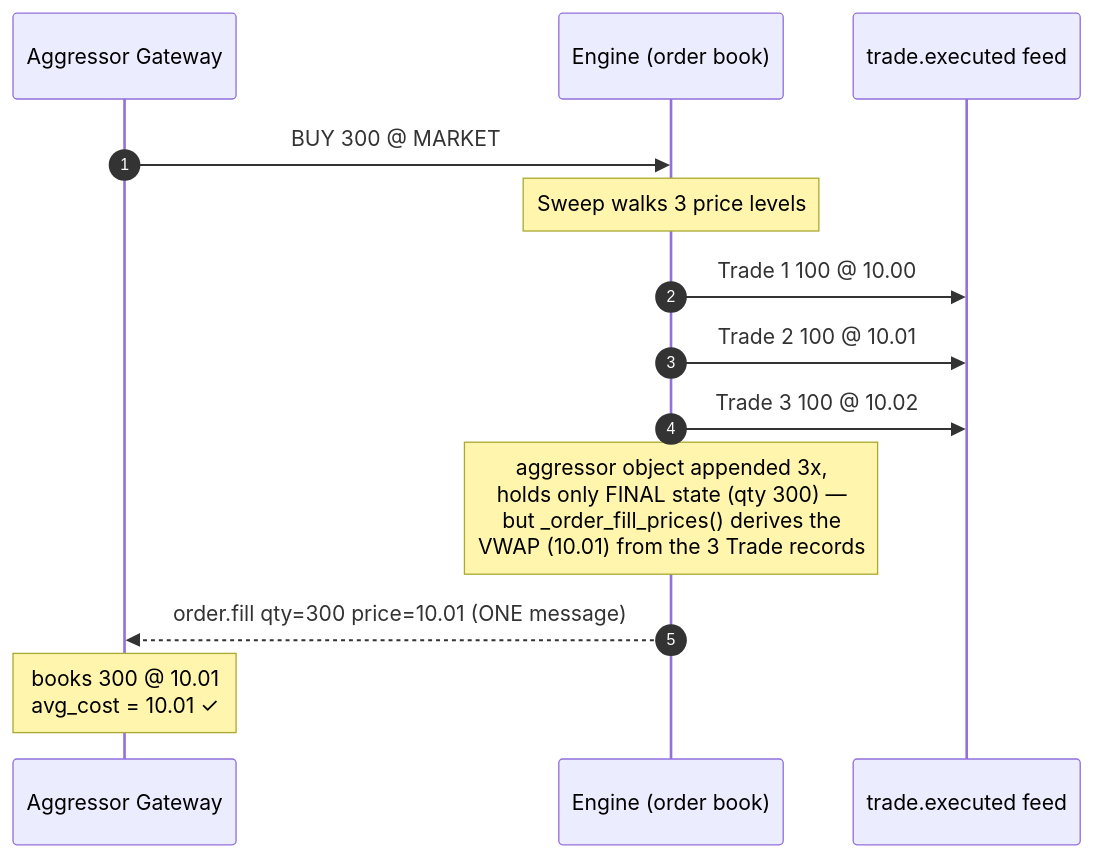
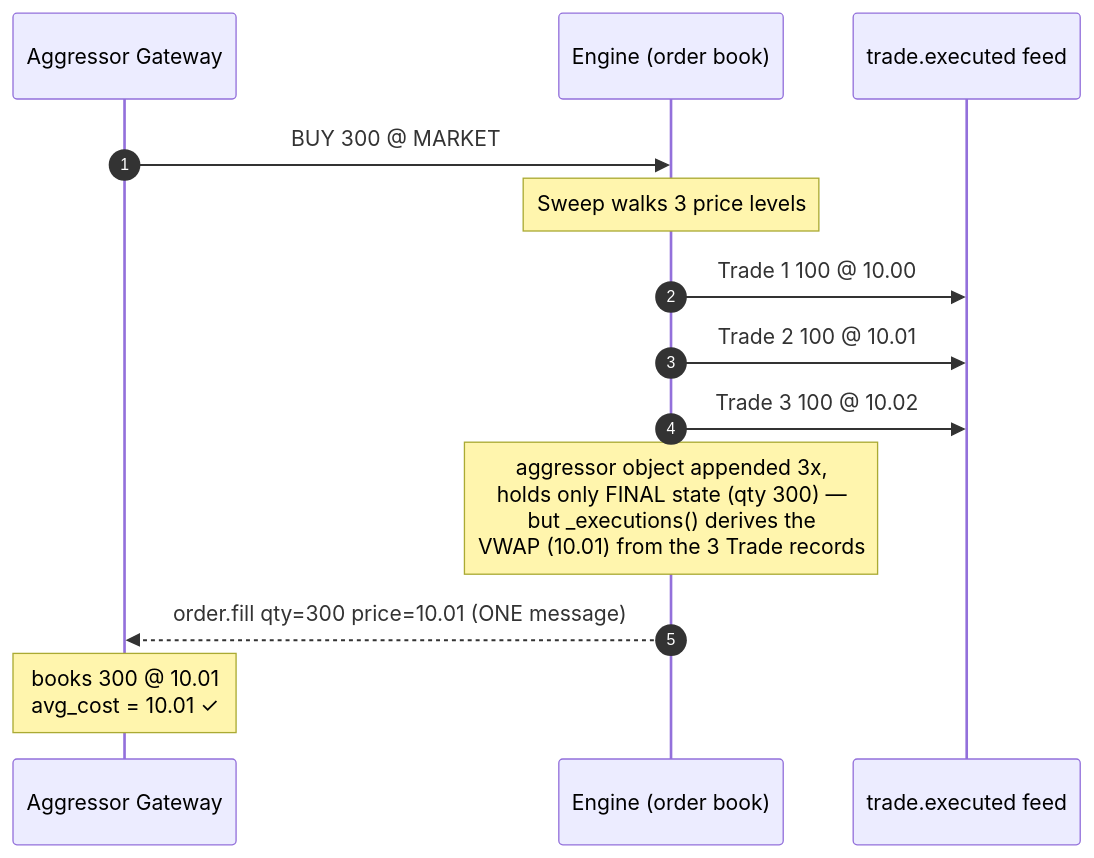
The diagram in docs/books/reference-manual/90-backmatter/020-known-limitations.md (johan162/EduMatcher), drawn with Mermaid before and after one commit. The commit also changed other lines of this file and 10 other files, not shown here.

````diff
--- a/docs/books/reference-manual/90-backmatter/020-known-limitations.md
+++ b/docs/books/reference-manual/90-backmatter/020-known-limitations.md
@@ -190,16 +190,16 @@
 ```mermaid
 sequenceDiagram
     autonumber
     participant GW as Aggressor Gateway
     participant ENG as Engine (order book)
     participant FEED as trade.executed feed
 
     GW->>ENG: BUY 300 @ MARKET
     Note over ENG: Sweep walks 3 price levels
     ENG->>FEED: Trade 1  100 @ 10.00
     ENG->>FEED: Trade 2  100 @ 10.01
     ENG->>FEED: Trade 3  100 @ 10.02
-    Note over ENG: aggressor object appended 3x,<br/>holds only FINAL state (qty 300) —<br/>but _order_fill_prices() derives the<br/>VWAP (10.01) from the 3 Trade records
+    Note over ENG: aggressor object appended 3x,<br/>holds only FINAL state (qty 300) —<br/>but _executions() derives the<br/>VWAP (10.01) from the 3 Trade records
     ENG-->>GW: order.fill  qty=300  price=10.01  (ONE message)
     Note over GW: books 300 @ 10.01<br/>avg_cost = 10.01 ✓
 ```
````
